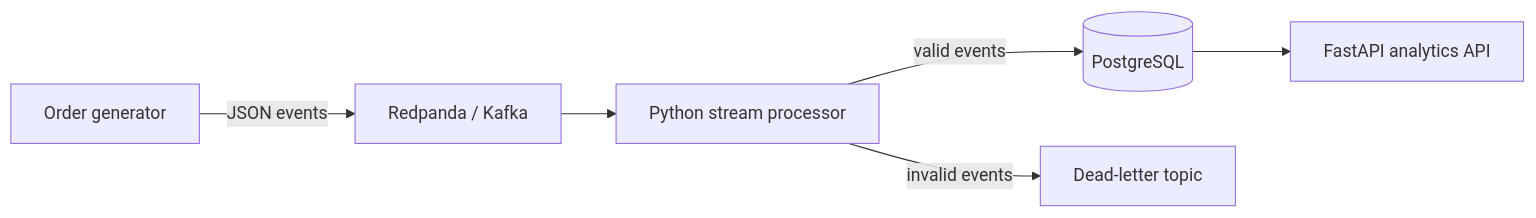
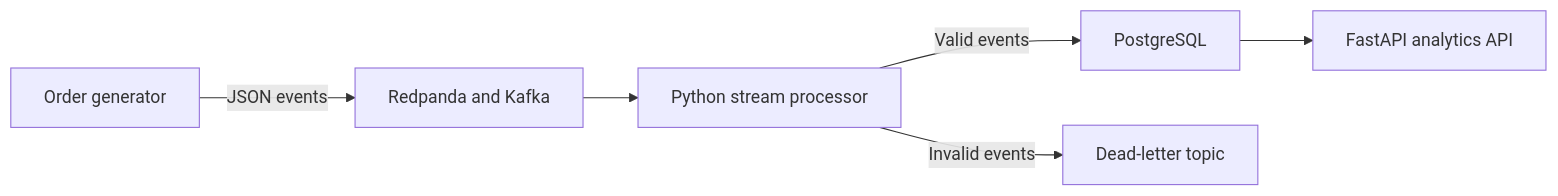
One commit to Banoth281/real-time-commerce-data-pipeline changed the diagram in README.md. Above: the diagram before and after it, drawn with Mermaid.

Commit message:
Fix Mermaid architecture diagram

````diff
--- a/README.md
+++ b/README.md
@@ -7,8 +7,8 @@
 ```mermaid
 flowchart LR
-    A[Order generator] -->|JSON events| B[Redpanda / Kafka]
-    B --> C[Python stream processor]
-    C -->|valid events| D[(PostgreSQL)]
-    C -->|invalid events| E[Dead-letter topic]
-    D --> F[FastAPI analytics API]
+    A["Order generator"] -->|"JSON events"| B["Redpanda and Kafka"]
+    B --> C["Python stream processor"]
+    C -->|"Valid events"| D["PostgreSQL"]
+    C -->|"Invalid events"| E["Dead-letter topic"]
+    D --> F["FastAPI analytics API"]
 ```
````
